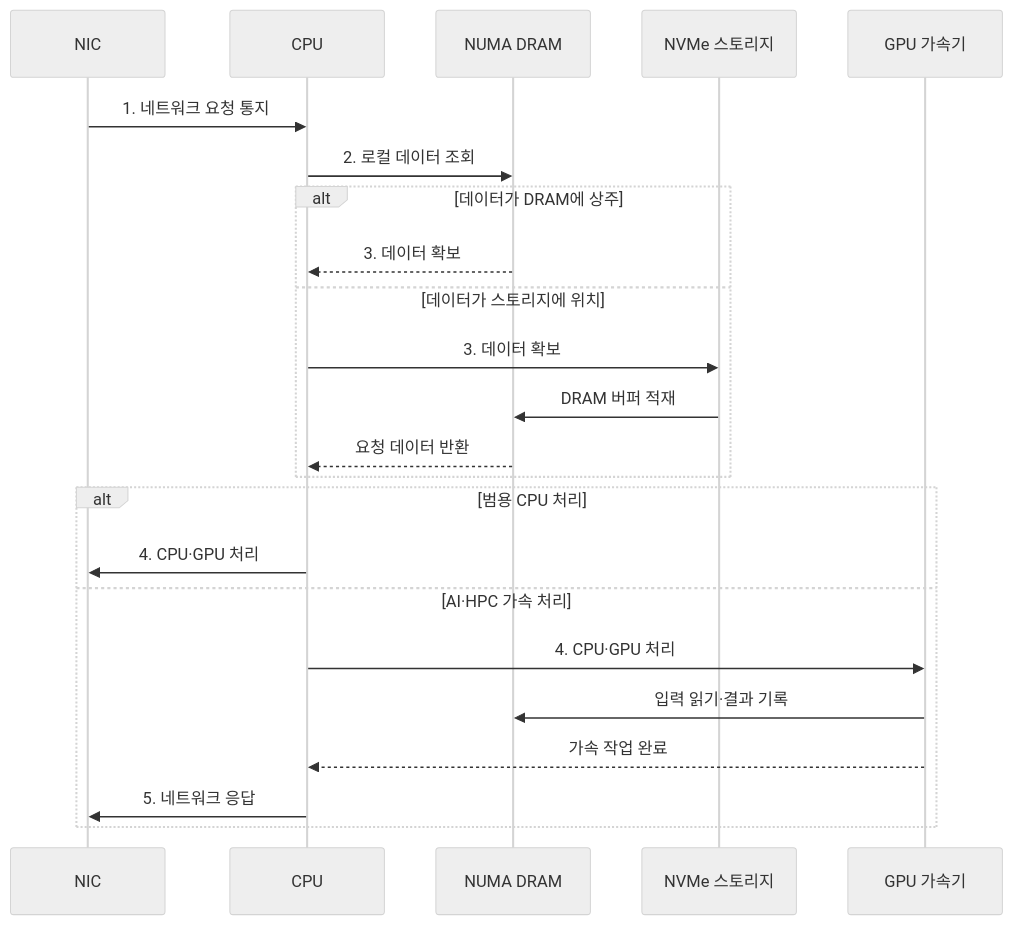
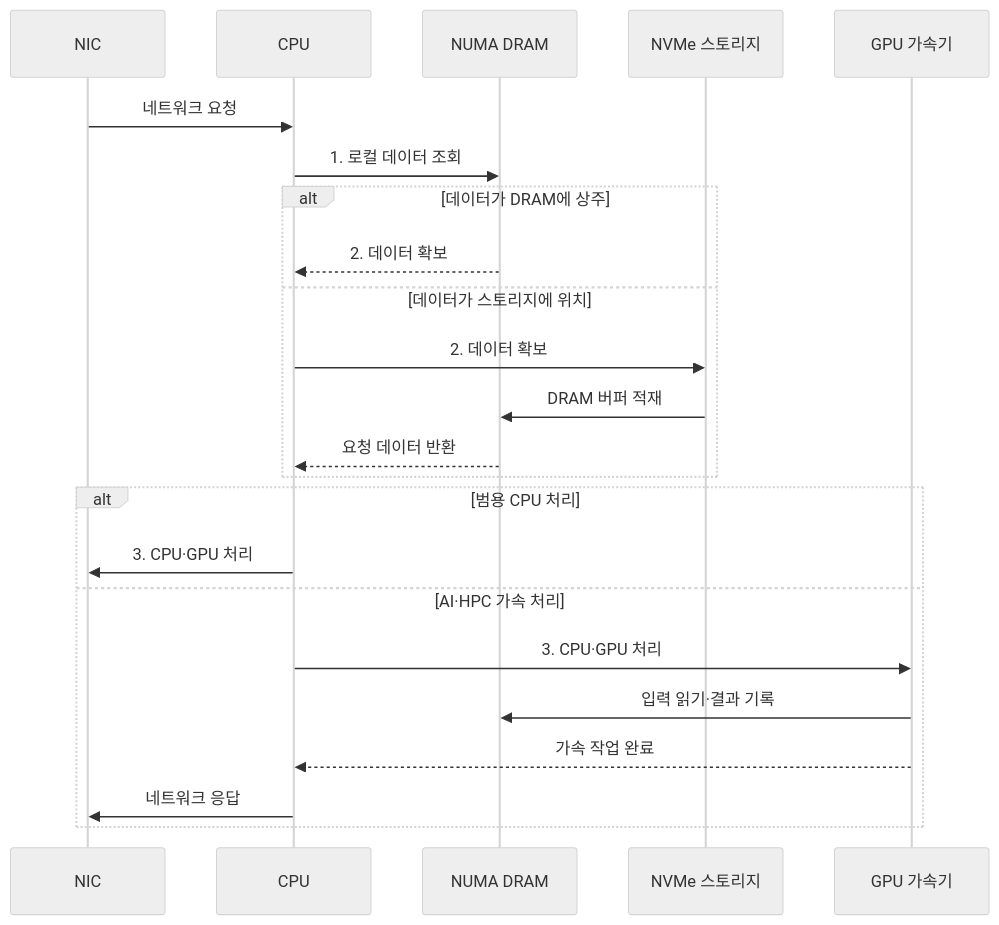
The second of 2 diagrams in src/content/docs/notes/02-hardware/054_data_center_server_architecture.md (agnusdei1207/knowledge-base), drawn with Mermaid (neutral theme) before and after one commit. The commit also changed other lines of this file and 20 other files, not shown here.

````diff
--- a/src/content/docs/notes/02-hardware/054_data_center_server_architecture.md
+++ b/src/content/docs/notes/02-hardware/054_data_center_server_architecture.md
@@ -91,26 +91,26 @@
 ```mermaid
 sequenceDiagram
     participant N as NIC
     participant C as CPU
     participant M as NUMA DRAM
     participant S as NVMe 스토리지
     participant G as GPU 가속기
 
-    N->>C: 1. 네트워크 요청 통지
-    C->>M: 2. 로컬 데이터 조회
+    N->>C: 네트워크 요청
+    C->>M: 1. 로컬 데이터 조회
     alt 데이터가 DRAM에 상주
-        M-->>C: 3. 데이터 확보
+        M-->>C: 2. 데이터 확보
     else 데이터가 스토리지에 위치
-        C->>S: 3. 데이터 확보
+        C->>S: 2. 데이터 확보
         S->>M: DRAM 버퍼 적재
         M-->>C: 요청 데이터 반환
     end
     alt 범용 CPU 처리
-        C->>N: 4. CPU·GPU 처리
+        C->>N: 3. CPU·GPU 처리
     else AI·HPC 가속 처리
-        C->>G: 4. CPU·GPU 처리
+        C->>G: 3. CPU·GPU 처리
         G->>M: 입력 읽기·결과 기록
         G-->>C: 가속 작업 완료
-        C->>N: 5. 네트워크 응답
+        C->>N: 네트워크 응답
     end
 ```
````
